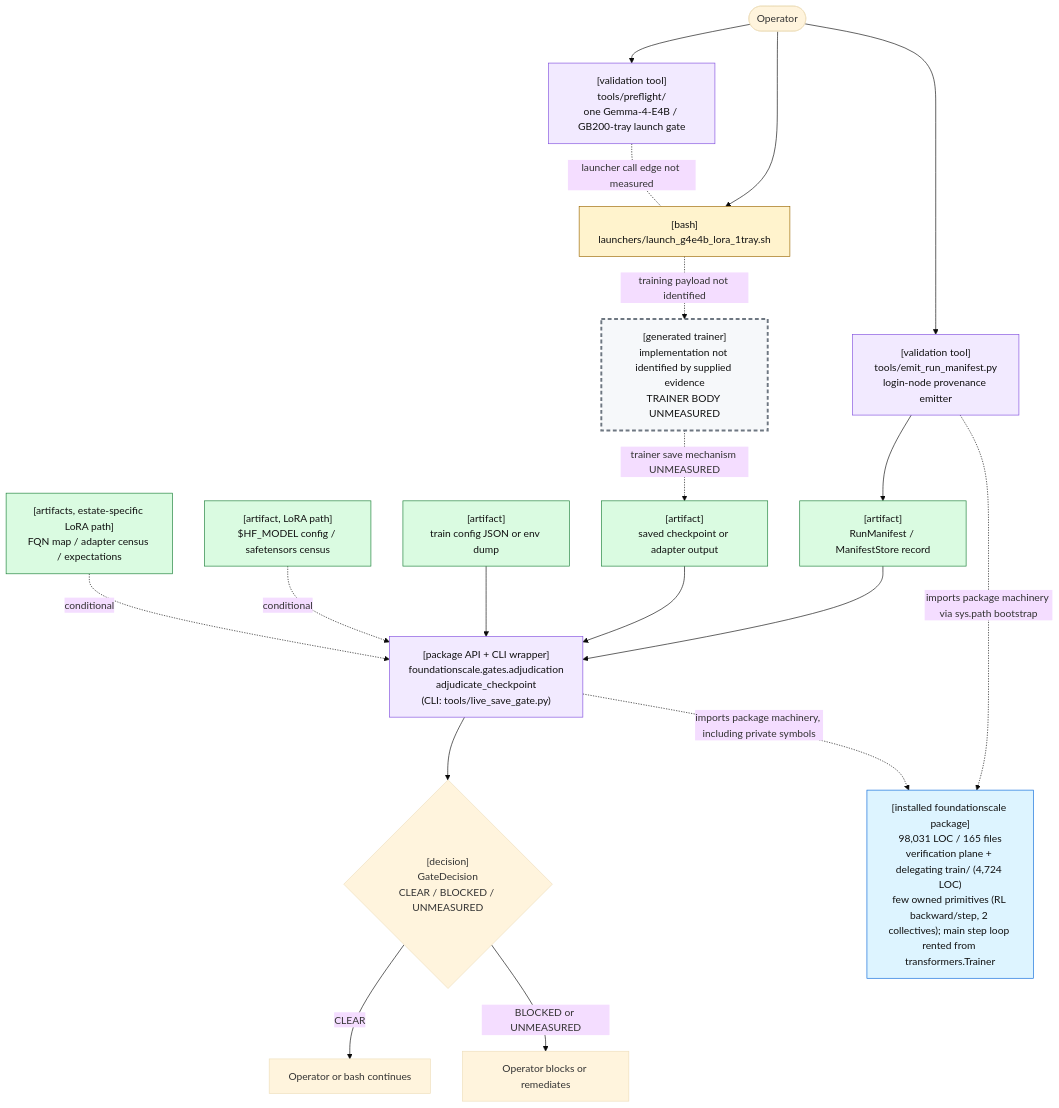
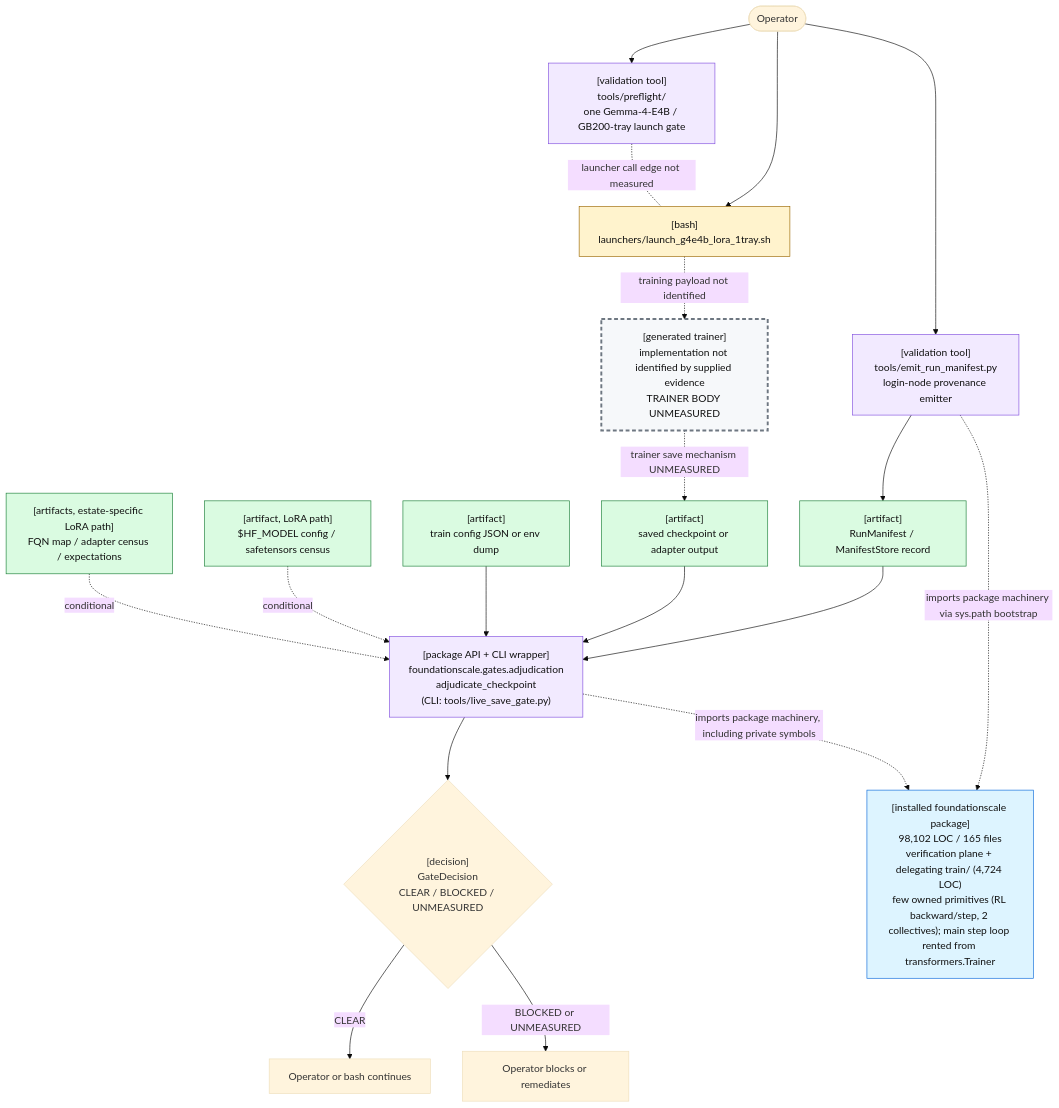
Before and after one commit to TranNhiem/FoundationScale: the first of 2 diagrams in docs/review/D2_current_architecture.md, drawn with Mermaid (base theme). The commit also changed other lines of this file and 10 other files, not shown here.

````diff
--- a/docs/review/D2_current_architecture.md
+++ b/docs/review/D2_current_architecture.md
@@ -25,59 +25,59 @@
 ```mermaid
 flowchart TB
   O(["Operator"])
 
   PF["[validation tool]<br/>tools/preflight/<br/>one Gemma-4-E4B / GB200-tray launch gate"]
   L["[bash]<br/>launchers/launch_g4e4b_lora_1tray.sh"]
 
   E["[validation tool]<br/>tools/emit_run_manifest.py<br/>login-node provenance emitter"]
   M["[artifact]<br/>RunManifest / ManifestStore record"]
 
   T["[generated trainer]<br/>implementation not identified by supplied evidence<br/>TRAINER BODY UNMEASURED"]
   C["[artifact]<br/>saved checkpoint or adapter output"]
 
   G["[package API + CLI wrapper]<br/>foundationscale.gates.adjudication<br/>adjudicate_checkpoint<br/>(CLI: tools/live_save_gate.py)"]
   CFG["[artifact]<br/>train config JSON or env dump"]
   BASE["[artifact, LoRA path]<br/>$HF_MODEL config / safetensors census"]
   CEN["[artifacts, estate-specific LoRA path]<br/>FQN map / adapter census / expectations"]
 
   D{"[decision]<br/>GateDecision<br/>CLEAR / BLOCKED / UNMEASURED"}
   OK["Operator or bash continues"]
   NO["Operator blocks or remediates"]
 
-  PKG["[installed foundationscale package]<br/>98,031 LOC / 165 files<br/>verification plane + delegating train/ (4,724 LOC)<br/>few owned primitives (RL backward/step, 2 collectives); main step loop rented from transformers.Trainer"]
+  PKG["[installed foundationscale package]<br/>98,102 LOC / 165 files<br/>verification plane + delegating train/ (4,724 LOC)<br/>few owned primitives (RL backward/step, 2 collectives); main step loop rented from transformers.Trainer"]
 
   O --> PF
   O --> L
   PF -. "launcher call edge not measured" .- L
 
   O --> E
   E --> M
 
   L -. "training payload not identified" .-> T
   T -. "trainer save mechanism UNMEASURED" .-> C
 
   M --> G
   C --> G
   CFG --> G
   BASE -. "conditional" .-> G
   CEN -. "conditional" .-> G
 
   E -. "imports package machinery via sys.path bootstrap" .-> PKG
   G -. "imports package machinery, including private symbols" .-> PKG
 
   G --> D
   D -->|"CLEAR"| OK
   D -->|"BLOCKED or UNMEASURED"| NO
 
   classDef bash fill:#fff3cd,stroke:#9a6700,color:#111;
   classDef tool fill:#f2eaff,stroke:#8250df,color:#111;
   classDef artifact fill:#dafbe1,stroke:#1a7f37,color:#111;
   classDef gap fill:#f6f8fa,stroke:#6e7781,stroke-width:3px,stroke-dasharray: 6 4,color:#111;
   classDef pkg fill:#ddf4ff,stroke:#0969da,color:#111;
 
   class L bash;
   class PF,E,G tool;
   class M,C,CFG,BASE,CEN artifact;
   class T gap;
   class PKG pkg;
 ```
````
